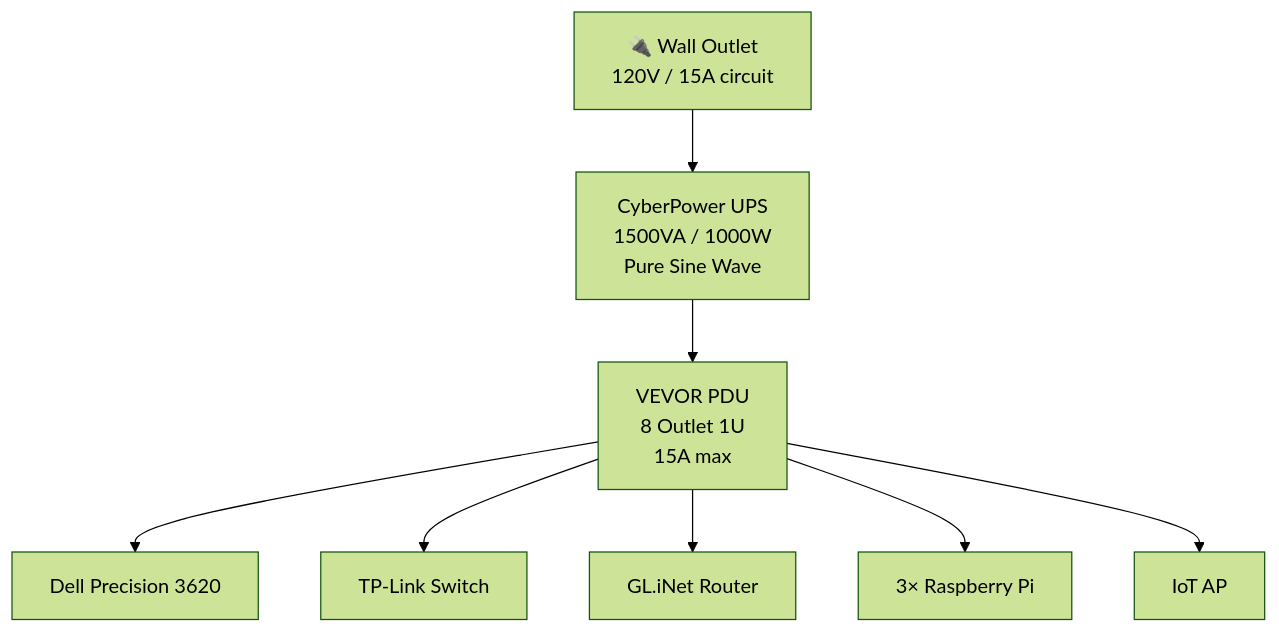
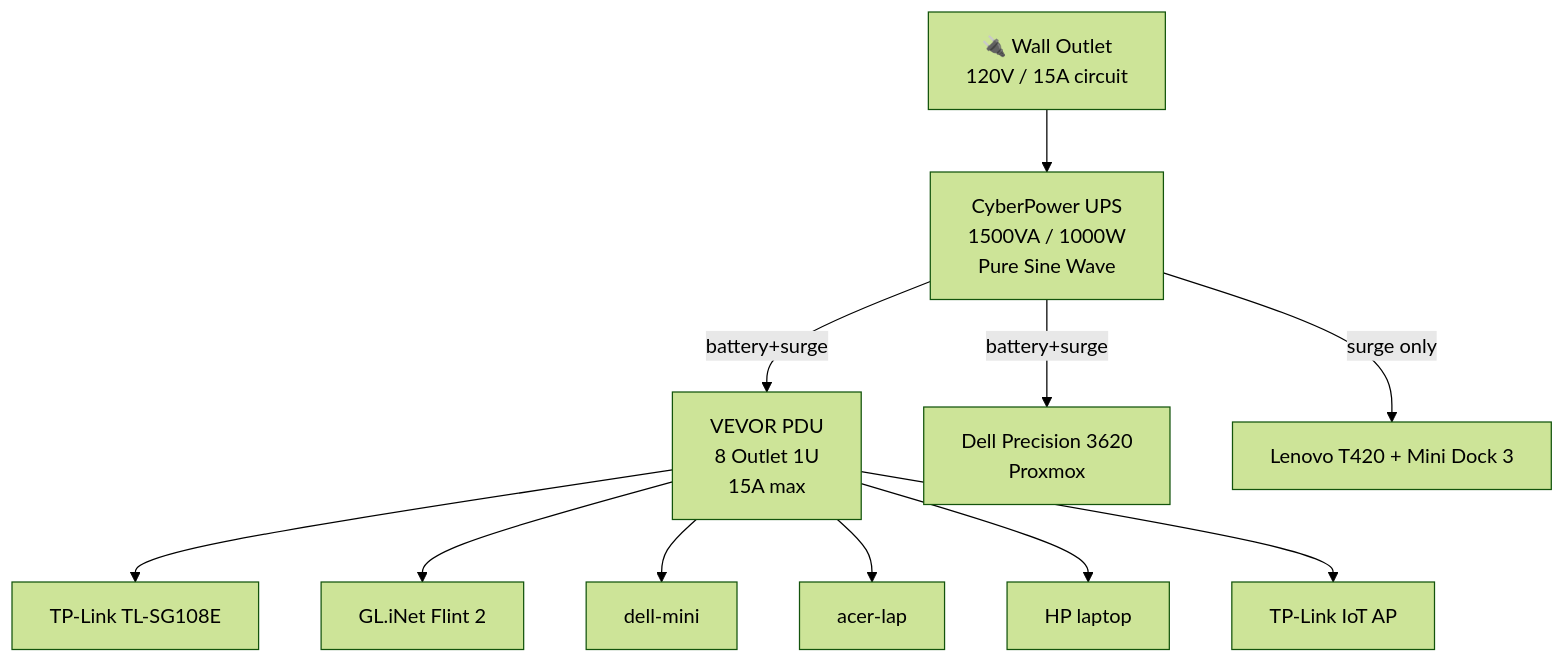
The diagram in docs/physical/power.md (sethbarrett50/home_lab_docs), drawn with Mermaid (forest theme) before and after one commit. The commit also changed other lines of this file, not shown here.

````diff
--- a/docs/physical/power.md
+++ b/docs/physical/power.md
@@ -45,20 +75,26 @@
 ```mermaid
 flowchart TD
     WALL[🔌 Wall Outlet\n120V / 15A circuit]
     UPS[CyberPower UPS\n1500VA / 1000W\nPure Sine Wave]
     PDU[VEVOR PDU\n8 Outlet 1U\n15A max]
 
-    Dell[Dell Precision 3620]
-    Switch[TP-Link Switch]
-    Router[GL.iNet Router]
-    RPis[3× Raspberry Pi]
-    AP[IoT AP]
+    Dell[Dell Precision 3620\nProxmox]
+    T420[Lenovo T420 + Mini Dock 3]
+    Switch[TP-Link TL-SG108E]
+    Router[GL.iNet Flint 2]
+    DellMini[dell-mini]
+    AcerLap[acer-lap]
+    HP[HP laptop]
+    AP[TP-Link IoT AP]
 
     WALL --> UPS
-    UPS --> PDU
-    PDU --> Dell
+    UPS -->|battery+surge| Dell
+    UPS -->|battery+surge| PDU
+    UPS -->|surge only| T420
     PDU --> Switch
     PDU --> Router
-    PDU --> RPis
+    PDU --> DellMini
+    PDU --> AcerLap
+    PDU --> HP
     PDU --> AP
 ```
````
